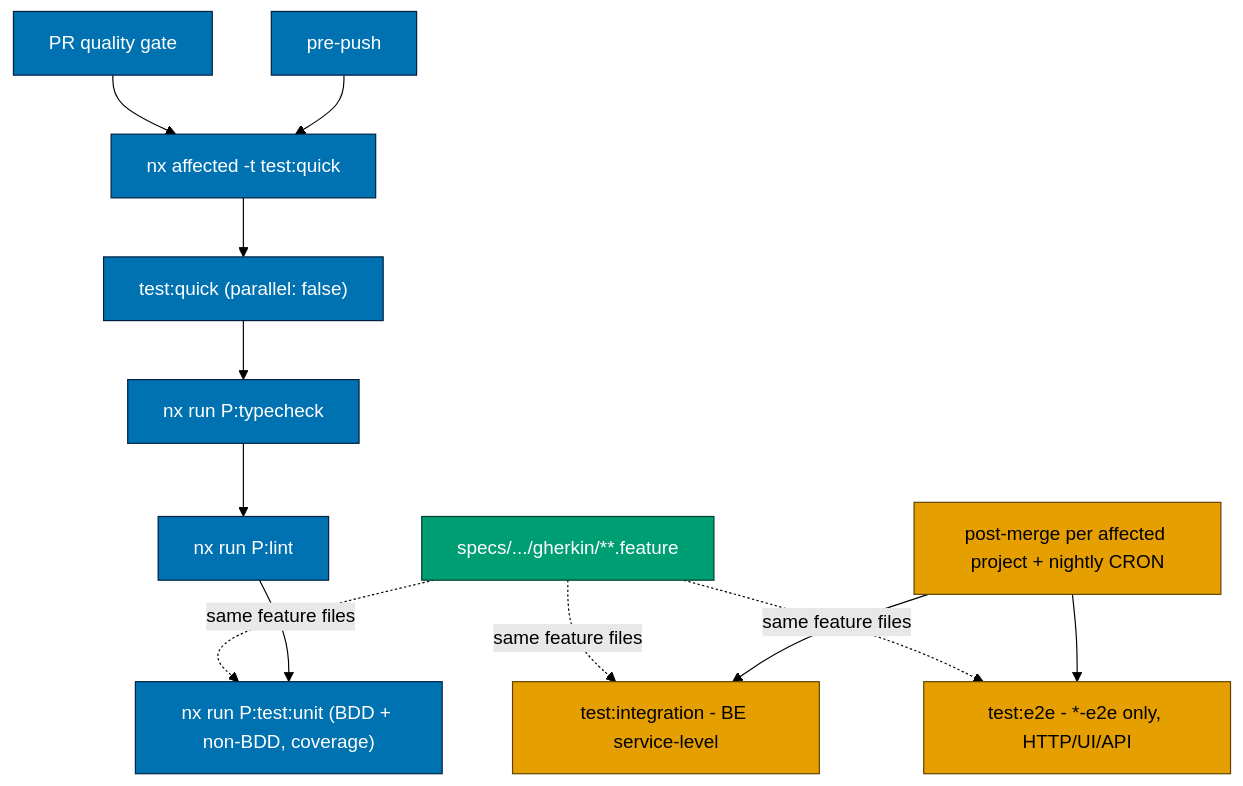
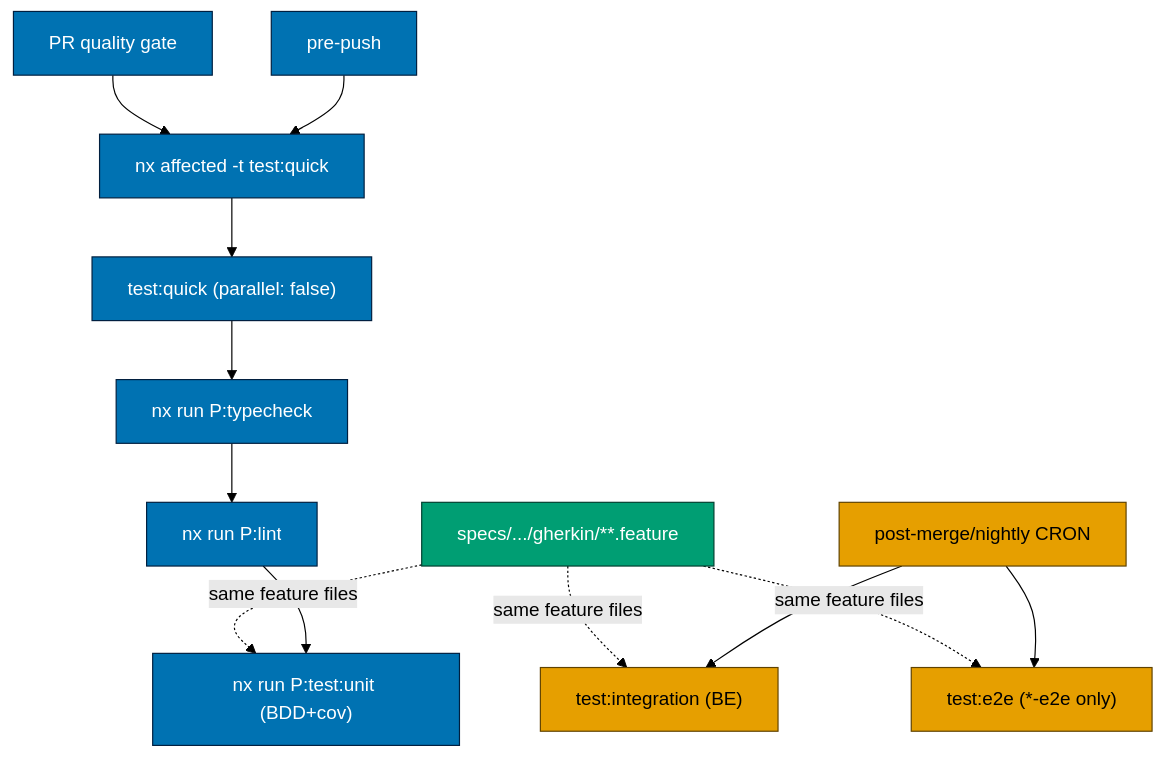
One commit to wahidyankf/baseerah changed the first of 6 diagrams in plans/in-progress/standardize-rhino-cli-sdlc-parity/tech-docs.md. Above: the diagram before and after it, drawn with Mermaid (forest theme). The commit also changed other lines of this file and 1 other file, not shown here.

````diff
--- a/plans/in-progress/standardize-rhino-cli-sdlc-parity/tech-docs.md
+++ b/plans/in-progress/standardize-rhino-cli-sdlc-parity/tech-docs.md
@@ -116,21 +116,21 @@
 ```mermaid
 flowchart TD
     Q["test:quick (parallel: false)"] --> Q1[nx run P:typecheck]
     Q1 --> Q2[nx run P:lint]
-    Q2 --> Q3["nx run P:test:unit (BDD + non-BDD, coverage)"]
+    Q2 --> Q3["nx run P:test:unit (BDD+cov)"]
     PP[pre-push] --> G["nx affected -t test:quick"]
     PR[PR quality gate] --> G
     G --> Q
-    POST[post-merge per affected project + nightly CRON] --> INT[test:integration - BE service-level]
-    POST --> E2E["test:e2e - *-e2e only, HTTP/UI/API"]
+    POST["post-merge/nightly CRON"] --> INT["test:integration (BE)"]
+    POST --> E2E["test:e2e (*-e2e only)"]
     F["specs/.../gherkin/**.feature"] -.same feature files.-> Q3
     F -.same feature files.-> INT
     F -.same feature files.-> E2E
 
     classDef gate fill:#0072B2,color:#ffffff,stroke:#001f3f
     classDef cron fill:#E69F00,color:#000000,stroke:#5f4200
     classDef spec fill:#009E73,color:#ffffff,stroke:#003f2f
     class PP,PR,G,Q,Q1,Q2,Q3 gate
     class POST,INT,E2E cron
     class F spec
 ```
````
